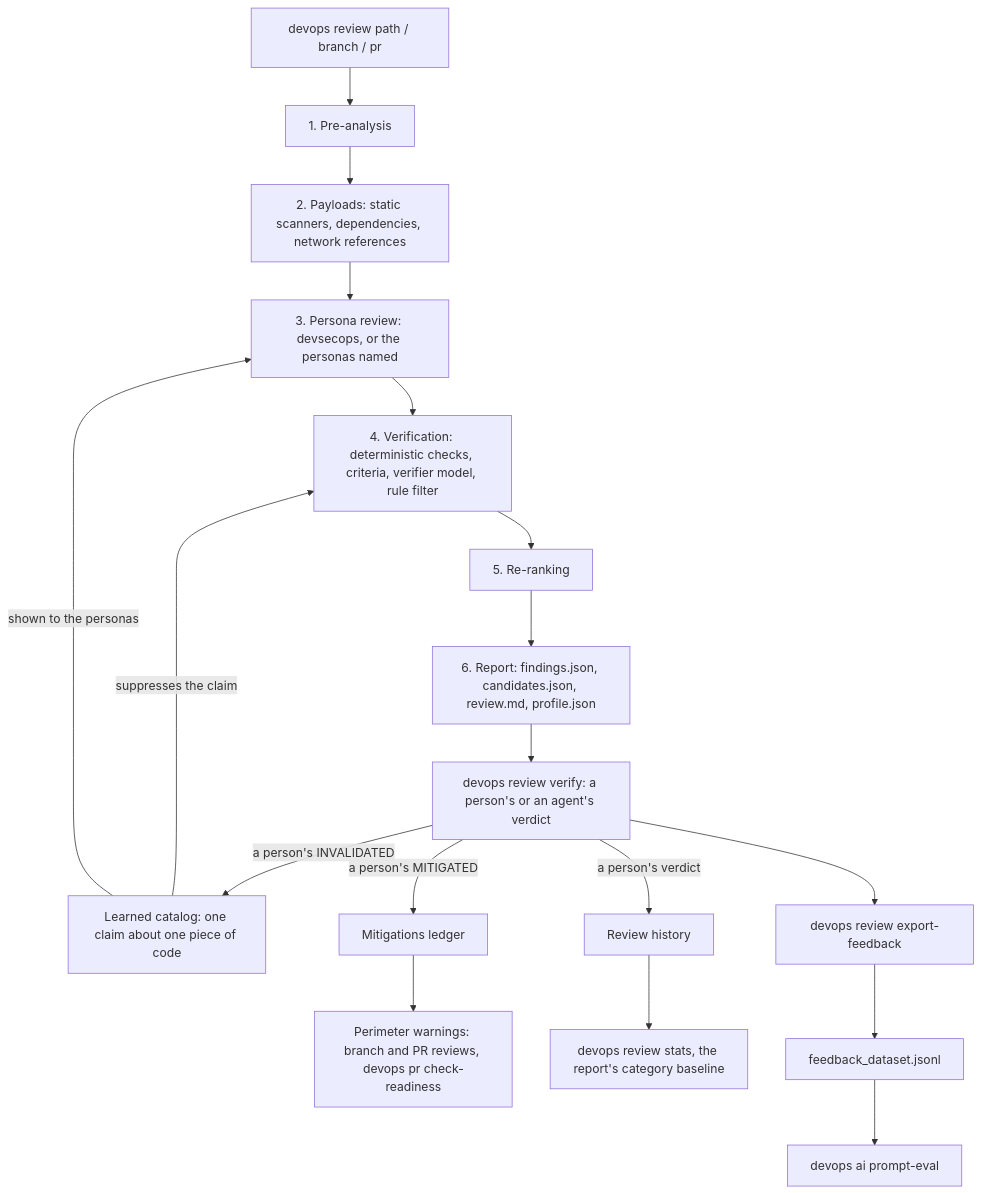
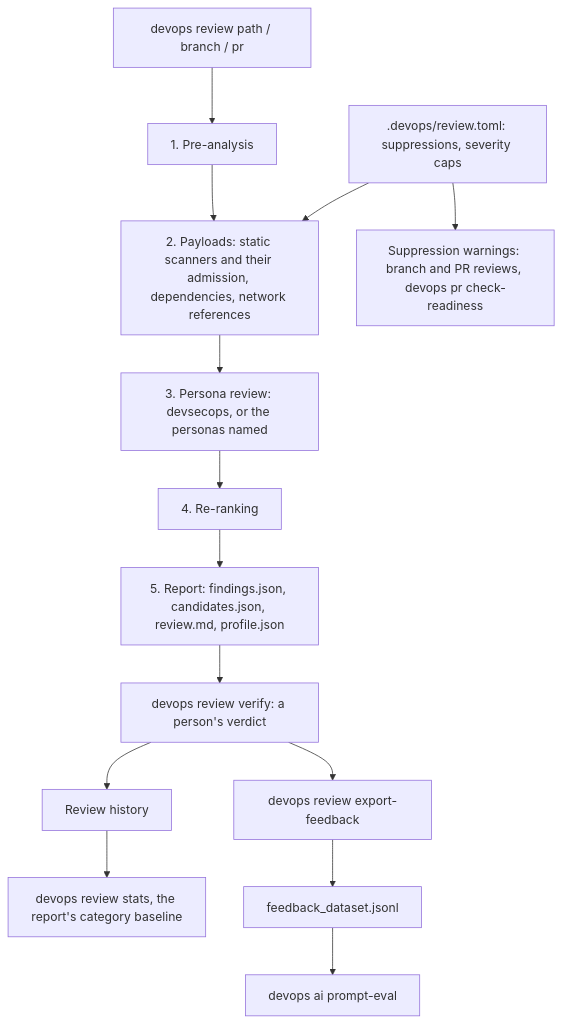
One commit to dan-petty/devops-cli changed the first of 2 diagrams in docs/SELF_IMPROVEMENT.md. Above: the diagram before and after it, drawn with Mermaid. The commit also changed other lines of this file and 330 other files, not shown here.

````diff
--- a/docs/SELF_IMPROVEMENT.md
+++ b/docs/SELF_IMPROVEMENT.md
@@ -18,20 +20,16 @@
 ```mermaid
 flowchart TD
     A["devops review path / branch / pr"] --> B["1. Pre-analysis"]
-    B --> C["2. Payloads: static scanners, dependencies, network references"]
+    B --> C["2. Payloads: static scanners and their admission, dependencies, network references"]
     C --> D["3. Persona review: devsecops, or the personas named"]
-    D --> E["4. Verification: deterministic checks, criteria, verifier model, rule filter"]
-    E --> F["5. Re-ranking"]
-    F --> G["6. Report: findings.json, candidates.json, review.md, profile.json"]
-    G --> H["devops review verify: a person's or an agent's verdict"]
-    H -- "a person's INVALIDATED" --> I["Learned catalog: one claim about one piece of code"]
-    H -- "a person's MITIGATED" --> J["Mitigations ledger"]
-    H -- "a person's verdict" --> K["Review history"]
-    I -- "suppresses the claim" --> E
-    I -- "shown to the personas" --> D
-    J --> L["Perimeter warnings: branch and PR reviews, devops pr check-readiness"]
+    D --> F["4. Re-ranking"]
+    F --> G["5. Report: findings.json, candidates.json, review.md, profile.json"]
+    G --> H["devops review verify: a person's verdict"]
+    H --> K["Review history"]
     K --> M["devops review stats, the report's category baseline"]
     H --> N["devops review export-feedback"]
     N --> O["feedback_dataset.jsonl"]
     O --> P["devops ai prompt-eval"]
+    S[".devops/review.toml: suppressions, severity caps"] --> C
+    S --> L["Suppression warnings: branch and PR reviews, devops pr check-readiness"]
 ```
````
